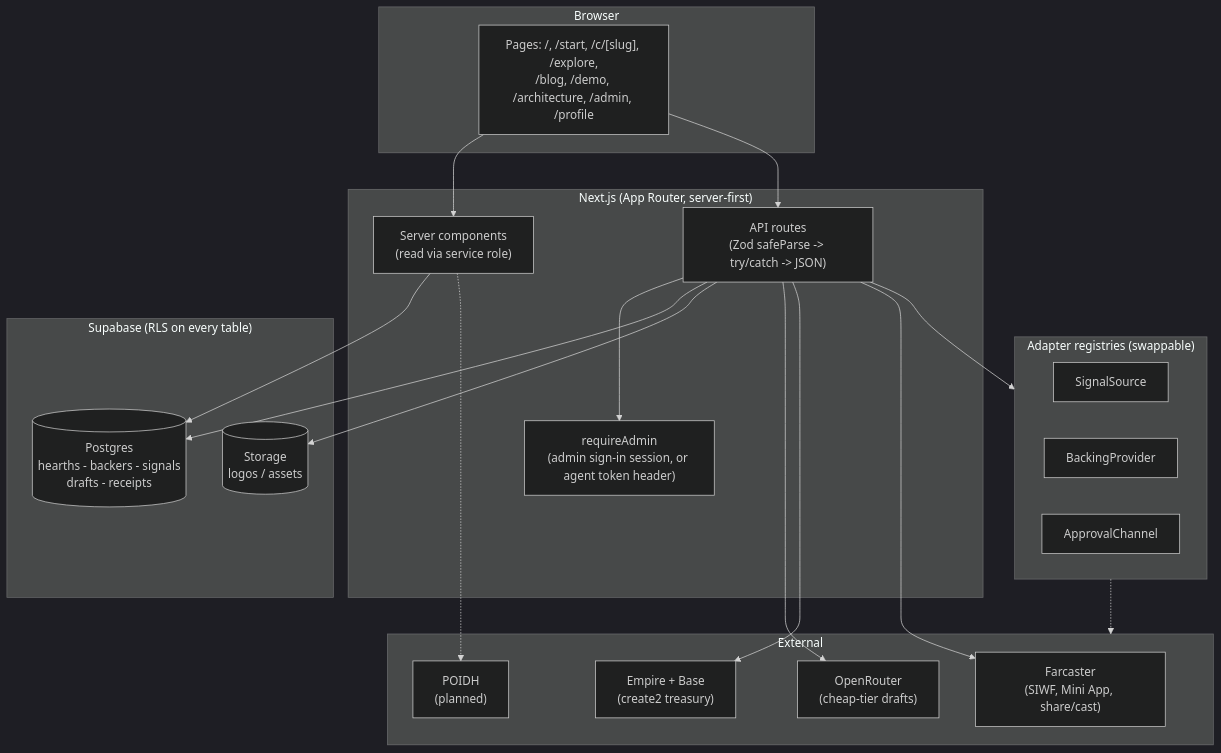
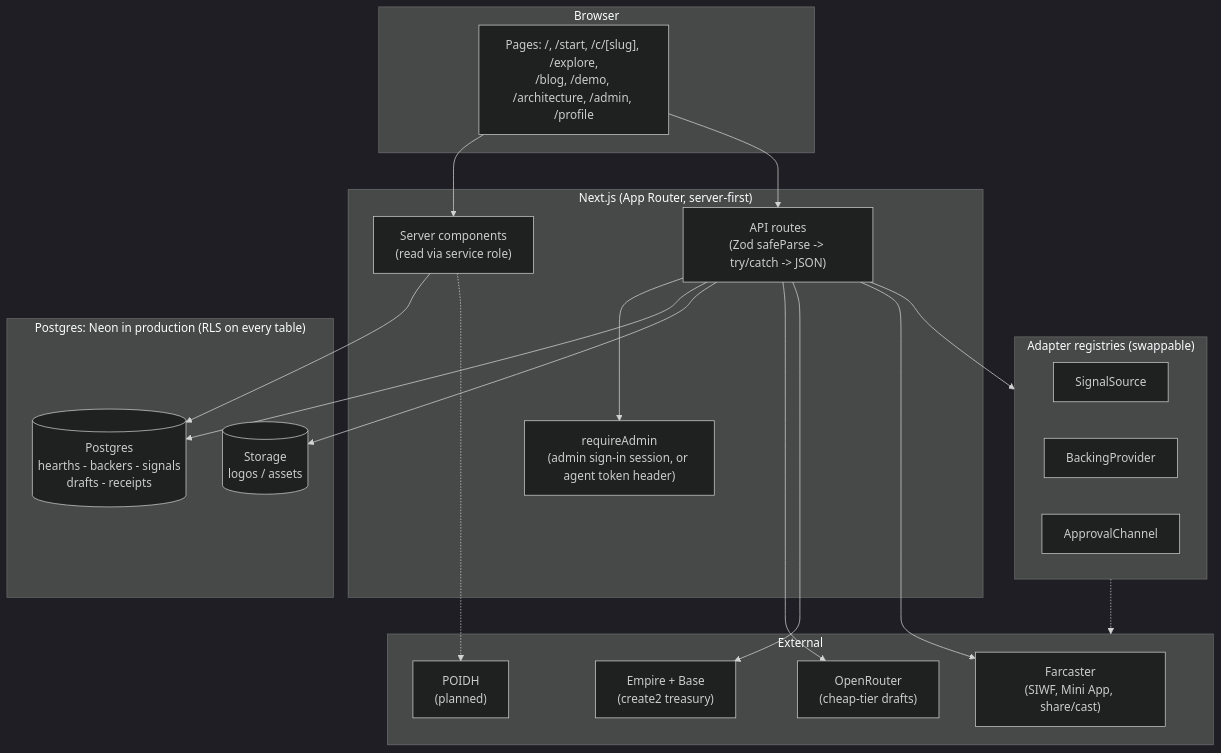
The second of 6 diagrams in README.md (bettercallzaal/sparkz), drawn with Mermaid (dark theme) before and after one commit. The commit also changed other lines of this file and 3 other files, not shown here.

First line of the commit message:
docs: production is Neon + Vercel Blob; FID sign-in; document the agent token, TestFlight and script env vars

````diff
--- a/README.md
+++ b/README.md
@@ -198,43 +198,43 @@
 ```mermaid
 flowchart TB
   subgraph Browser
     UI["Pages: /, /start, /c/[slug], /explore,<br/>/blog, /demo, /architecture, /admin, /profile"]
   end
 
   subgraph Next["Next.js (App Router, server-first)"]
     Pages["Server components<br/>(read via service role)"]
     API["API routes<br/>(Zod safeParse -> try/catch -> JSON)"]
     Auth["requireAdmin<br/>(admin sign-in session, or agent token header)"]
   end
 
-  subgraph Data["Supabase (RLS on every table)"]
+  subgraph Data["Postgres: Neon in production (RLS on every table)"]
     DB[("Postgres<br/>hearths - backers - signals<br/>drafts - receipts")]
     Store[("Storage<br/>logos / assets")]
   end
 
   subgraph Seams["Adapter registries (swappable)"]
     SS["SignalSource"]
     BP["BackingProvider"]
     AC["ApprovalChannel"]
   end
 
   subgraph Ext["External"]
     OR["OpenRouter<br/>(cheap-tier drafts)"]
     EM["Empire + Base<br/>(create2 treasury)"]
     FC["Farcaster<br/>(SIWF, Mini App, share/cast)"]
     PO["POIDH<br/>(planned)"]
   end
 
   UI --> Pages
   UI --> API
   API --> Auth
   Pages --> DB
   API --> DB
   API --> Store
   API --> Seams
   Seams -.-> Ext
   API --> OR
   API --> EM
   API --> FC
   Pages -.-> PO
 ```
````
